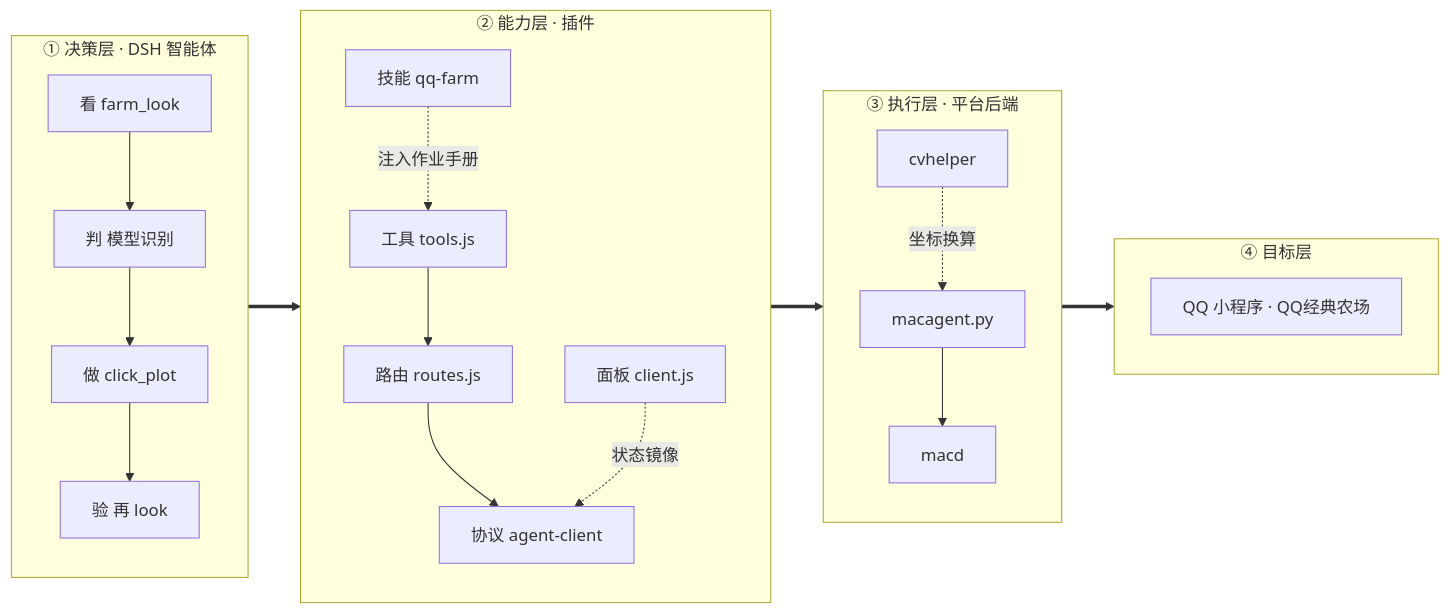
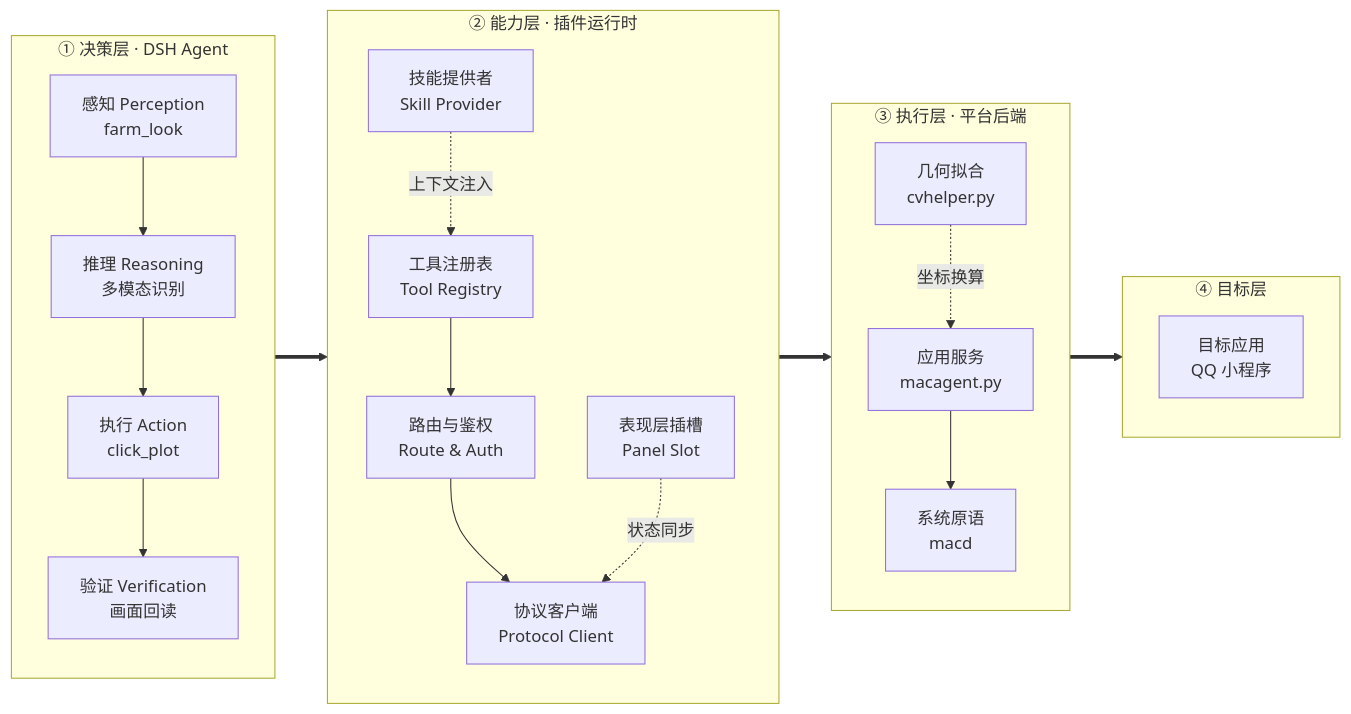
The diagram in README.md (Moosphan/dsh-qq-farm), drawn with Mermaid before and after one commit. The commit also changed other lines of this file, not shown here.

Commit message:
docs: professional terminology in architecture diagram; add disclaimer

````diff
--- a/README.md
+++ b/README.md
@@ -26,39 +26,39 @@
 ```mermaid
 flowchart LR
-    subgraph L1["① 决策层 · DSH 智能体"]
+    subgraph L1["① 决策层 · DSH Agent"]
         direction TB
-        A1["看 farm_look"]
-        A2["判 模型识别"]
-        A3["做 click_plot"]
-        A4["验 再 look"]
+        A1["感知 Perception<br/>farm_look"]
+        A2["推理 Reasoning<br/>多模态识别"]
+        A3["执行 Action<br/>click_plot"]
+        A4["验证 Verification<br/>画面回读"]
         A1 --> A2 --> A3 --> A4
     end
 
-    subgraph L2["② 能力层 · 插件"]
+    subgraph L2["② 能力层 · 插件运行时"]
         direction TB
-        B1["工具 tools.js"]
-        B2["路由 routes.js"]
-        B3["协议 agent-client"]
-        B4["技能 qq-farm"]
-        B5["面板 client.js"]
+        B1["工具注册表<br/>Tool Registry"]
+        B2["路由与鉴权<br/>Route & Auth"]
+        B3["协议客户端<br/>Protocol Client"]
+        B4["技能提供者<br/>Skill Provider"]
+        B5["表现层插槽<br/>Panel Slot"]
         B1 --> B2 --> B3
-        B4 -. 注入作业手册 .-> B1
-        B5 -. 状态镜像 .-> B3
+        B4 -. 上下文注入 .-> B1
+        B5 -. 状态同步 .-> B3
     end
 
     subgraph L3["③ 执行层 · 平台后端"]
         direction TB
-        C1["macagent.py"]
-        C2["macd"]
-        C3["cvhelper"]
+        C1["应用服务<br/>macagent.py"]
+        C2["系统原语<br/>macd"]
+        C3["几何拟合<br/>cvhelper.py"]
         C1 --> C2
         C3 -. 坐标换算 .-> C1
     end
 
     subgraph L4["④ 目标层"]
         direction TB
-        D1["QQ 小程序 · QQ经典农场"]
+        D1["目标应用<br/>QQ 小程序"]
     end
 
     L1 ==> L2 ==> L3 ==> L4
 ```
````
